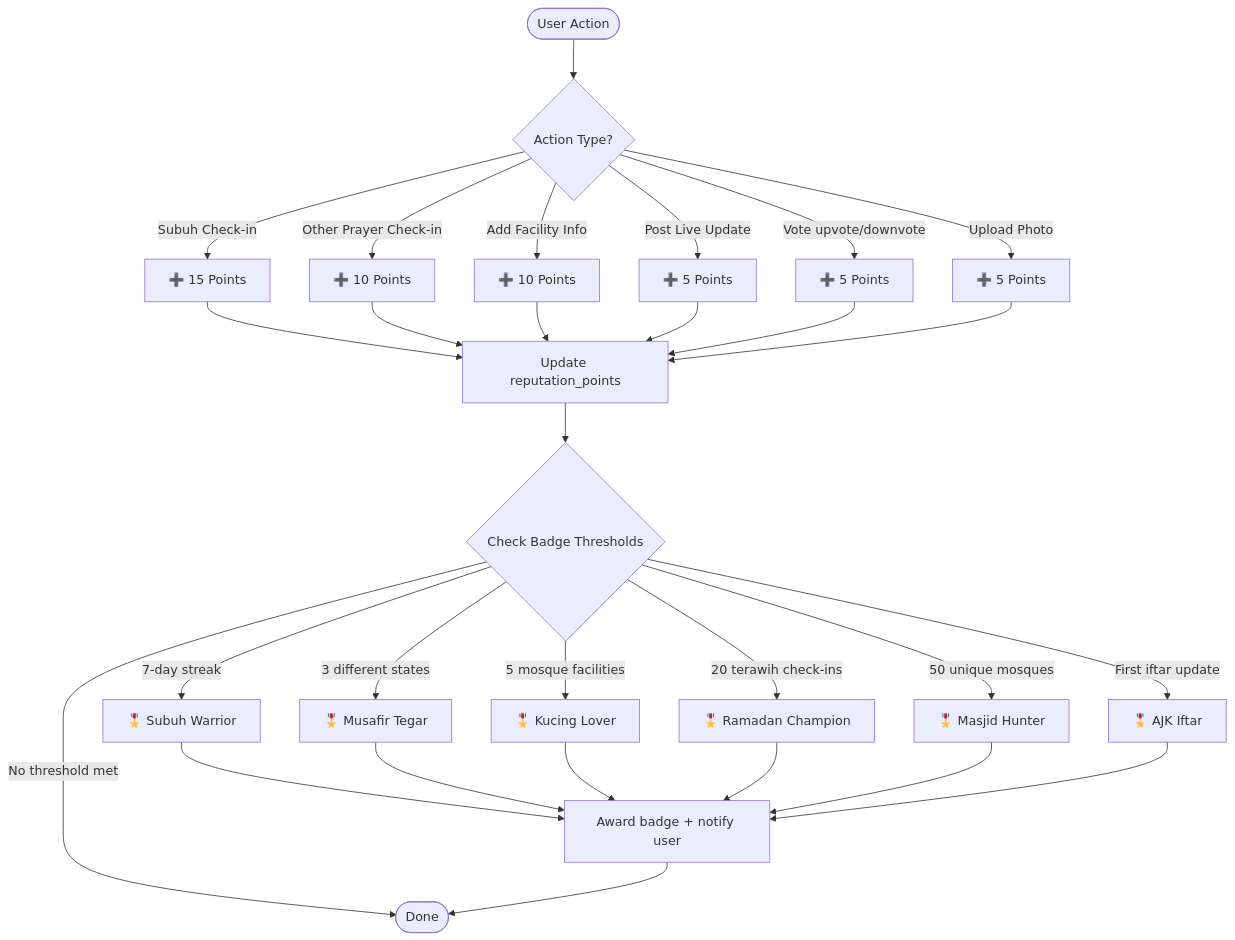
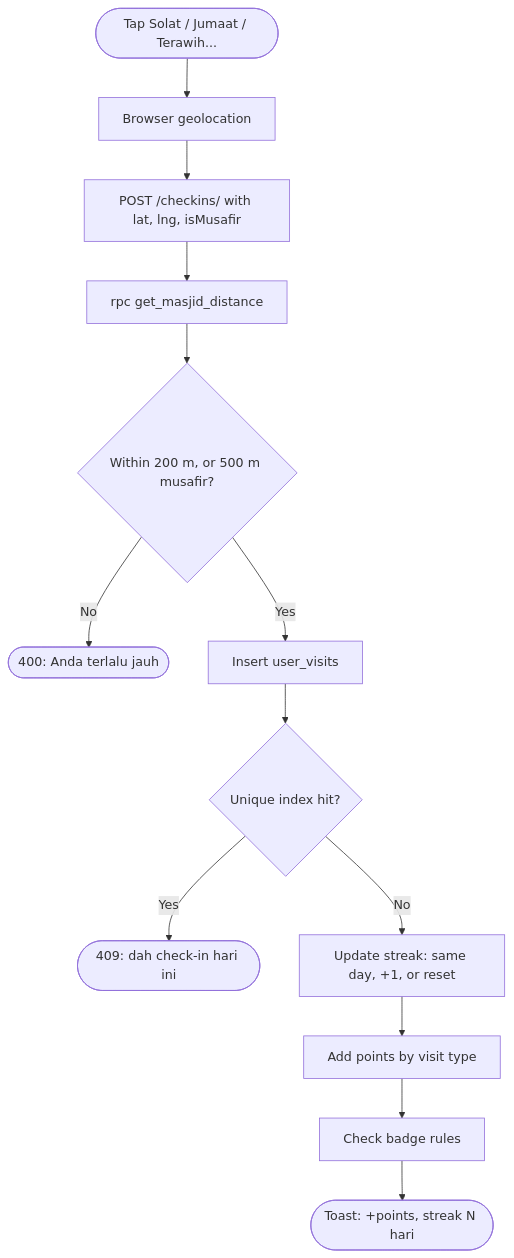
Before and after one commit to snsyaqirah/snsyaqirah.github.io: diagram 13 of 15 in portfolio-react/public/docs/singgahluhh.md, drawn with Mermaid. The commit also changed other lines of this file and 101 other files, not shown here.

````diff
--- a/portfolio-react/public/docs/singgahluhh.md
+++ b/portfolio-react/public/docs/singgahluhh.md
@@ -913,37 +603,15 @@
 ```mermaid
 flowchart TD
-    A([User Action]) --> B{Action Type?}
-    
-    B -->|Subuh Check-in| C["➕ 15 Points"]
-    B -->|Other Prayer Check-in| D["➕ 10 Points"]
-    B -->|Add Facility Info| E["➕ 10 Points"]
-    B -->|Post Live Update| F["➕ 5 Points"]
-    B -->|Vote upvote/downvote| G["➕ 5 Points"]
-    B -->|Upload Photo| H["➕ 5 Points"]
-    
-    C --> I["Update reputation_points"]
-    D --> I
-    E --> I
-    F --> I
-    G --> I
-    H --> I
-    
-    I --> J{Check Badge Thresholds}
-    
-    J -->|7-day streak| K["🎖️ Subuh Warrior"]
-    J -->|3 different states| L["🎖️ Musafir Tegar"]
-    J -->|5 mosque facilities| M["🎖️ Kucing Lover"]
-    J -->|20 terawih check-ins| N["🎖️ Ramadan Champion"]
-    J -->|50 unique mosques| O["🎖️ Masjid Hunter"]
-    J -->|First iftar update| P["🎖️ AJK Iftar"]
-    
-    K --> Q["Award badge + notify user"]
-    L --> Q
-    M --> Q
-    N --> Q
-    O --> Q
-    P --> Q
-    
-    J -->|No threshold met| R([Done])
-    Q --> R
+    A([Tap Solat / Jumaat / Terawih...]) --> B[Browser geolocation]
+    B --> C[POST /checkins/ with lat, lng, isMusafir]
+    C --> D[rpc get_masjid_distance]
+    D --> E{Within 200 m, or 500 m musafir?}
+    E -->|No| F([400: Anda terlalu jauh])
+    E -->|Yes| G[Insert user_visits]
+    G --> H{Unique index hit?}
+    H -->|Yes| I([409: dah check-in hari ini])
+    H -->|No| J[Update streak: same day, +1, or reset]
+    J --> K[Add points by visit type]
+    K --> L[Check badge rules]
+    L --> M([Toast: +points, streak N hari])
 ```
````
